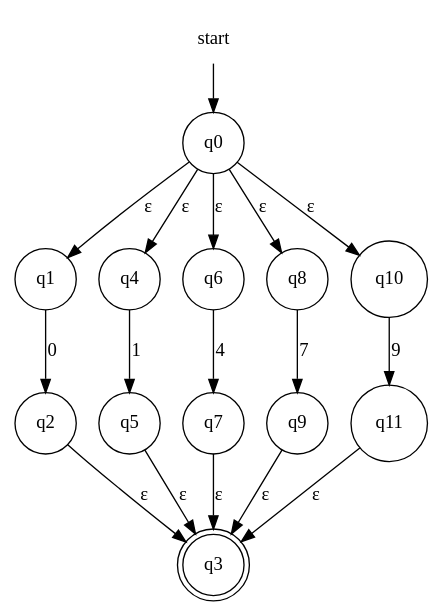
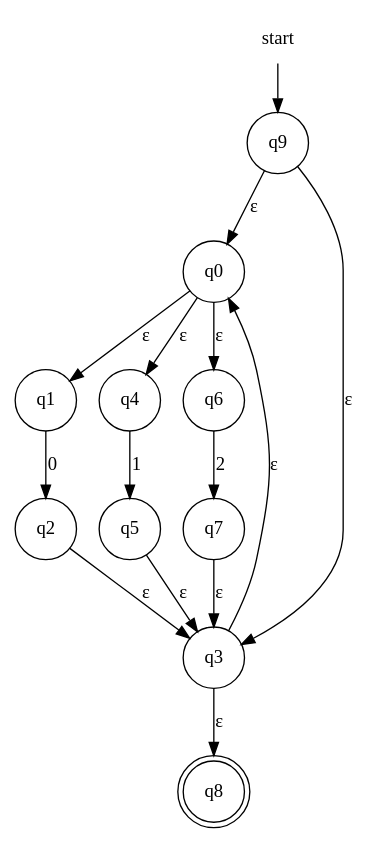
One commit to evertheylen/TA_TO changed the diagram in fase1/RE-eNFA/regex_5.dot. Above: the diagram before and after it, drawn with Graphviz. The commit also changed 5 other files, not shown here.

```diff
--- a/fase1/RE-eNFA/regex_5.dot
+++ b/fase1/RE-eNFA/regex_5.dot
@@ -1,21 +1,19 @@
 digraph automaton {
     node [shape=none]; start;
-    node [shape=doublecircle]; "q3";
+    node [shape=doublecircle]; "q8";
     node [shape=circle];
-    start -> "q0";
+    start -> "q9";
     "q0" -> "q1" [label="&epsilon;"];
     "q0" -> "q4" [label="&epsilon;"];
     "q0" -> "q6" [label="&epsilon;"];
-    "q0" -> "q8" [label="&epsilon;"];
-    "q0" -> "q10" [label="&epsilon;"];
     "q1" -> "q2" [label="0"];
     "q2" -> "q3" [label="&epsilon;"];
+    "q3" -> "q0" [label="&epsilon;"];
+    "q3" -> "q8" [label="&epsilon;"];
     "q4" -> "q5" [label="1"];
     "q5" -> "q3" [label="&epsilon;"];
-    "q6" -> "q7" [label="4"];
+    "q6" -> "q7" [label="2"];
     "q7" -> "q3" [label="&epsilon;"];
-    "q8" -> "q9" [label="7"];
+    "q9" -> "q0" [label="&epsilon;"];
     "q9" -> "q3" [label="&epsilon;"];
-    "q10" -> "q11" [label="9"];
-    "q11" -> "q3" [label="&epsilon;"];
 }
```
